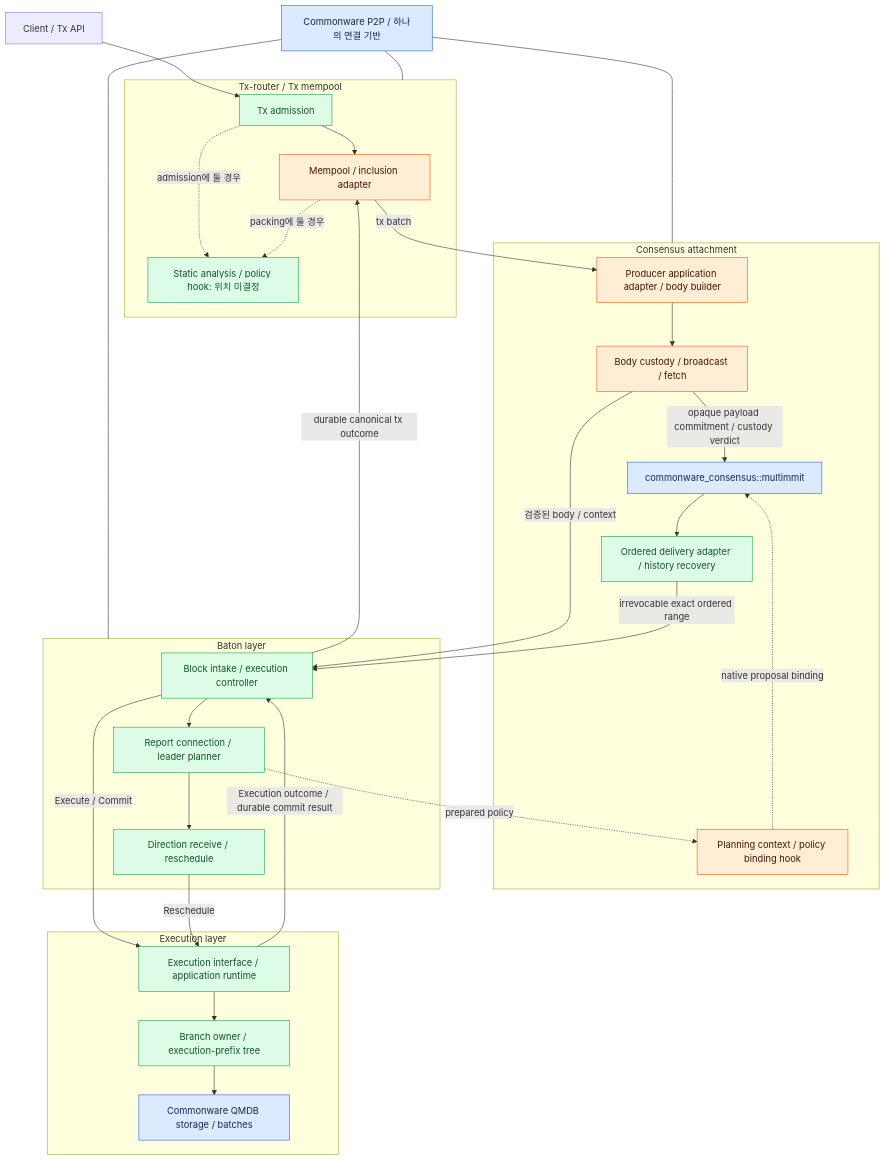
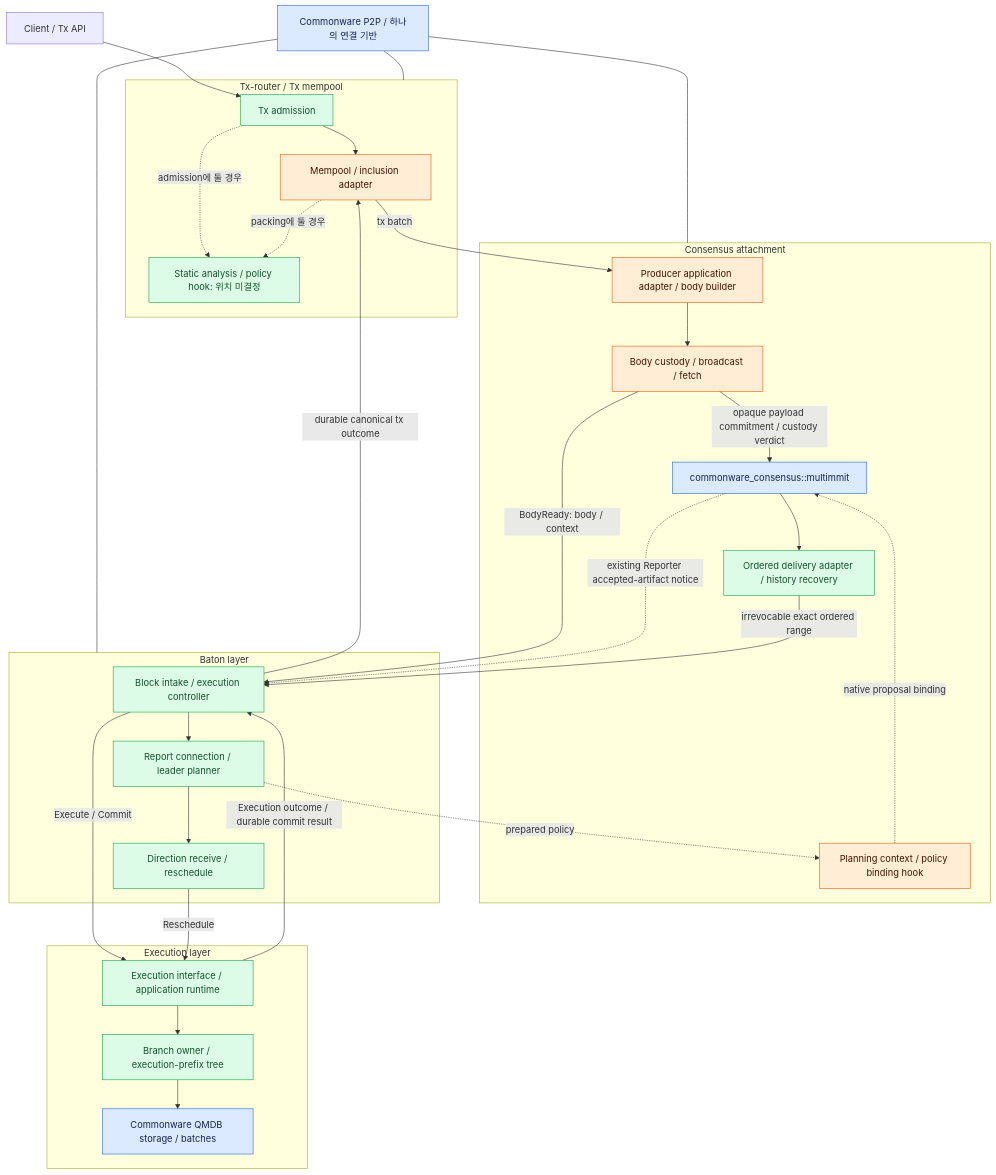
Before and after one commit to djm07073/baton-research: the first of 17 diagrams in IMPLEMENTATION_SPEC.md, drawn with Mermaid. The commit also changed other lines of this file and 30 other files, not shown here.

````diff
--- a/IMPLEMENTATION_SPEC.md
+++ b/IMPLEMENTATION_SPEC.md
@@ -26,52 +26,53 @@
 ```mermaid
 flowchart TB
     C[Client / Tx API] --> T
     subgraph TX[Tx-router / Tx mempool]
         T[Tx admission] --> P[Mempool / inclusion adapter]
         X[Static analysis / policy hook: 위치 미결정]
         T -. admission에 둘 경우 .-> X
         P -. packing에 둘 경우 .-> X
     end
     subgraph CONS[Consensus attachment]
         B[Producer application adapter / body builder]
         D[Body custody / broadcast / fetch]
         N[commonware_consensus::multimmit]
         M[Ordered delivery adapter / history recovery]
         H[Planning context / policy binding hook]
         B --> D
         D -->|opaque payload commitment / custody verdict| N
         N --> M
     end
     P -->|tx batch| B
     subgraph BAT[Baton layer]
         O[Block intake / execution controller]
         R[Report connection / leader planner]
         Q[Direction receive / reschedule]
         O --> R
         R --> Q
     end
-    D -->|검증된 body / context| O
+    D -->|BodyReady: body / context| O
+    N -. existing Reporter accepted-artifact notice .-> O
     M -->|irrevocable exact ordered range| O
     R -. prepared policy .-> H
     H -. native proposal binding .-> N
     subgraph EXEC[Execution layer]
         E[Execution interface / application runtime]
         F[Branch owner / execution-prefix tree]
         S[Commonware QMDB storage / batches]
         E --> F
         F --> S
     end
     O -->|Execute / Commit| E
     Q -->|Reschedule| E
     E -->|Execution outcome / durable commit result| O
     O -->|durable canonical tx outcome| P
     NET[Commonware P2P / 하나의 연결 기반] --- TX
     NET --- CONS
     NET --- BAT
     classDef reuse fill:#dbeafe,stroke:#2563eb,color:#172554;
     classDef adapt fill:#ffedd5,stroke:#ea580c,color:#431407;
     classDef new fill:#dcfce7,stroke:#16a34a,color:#14532d;
     class N,NET,S reuse;
     class P,B,D,H adapt;
     class T,X,M,O,R,Q,E,F new;
 ```
````
